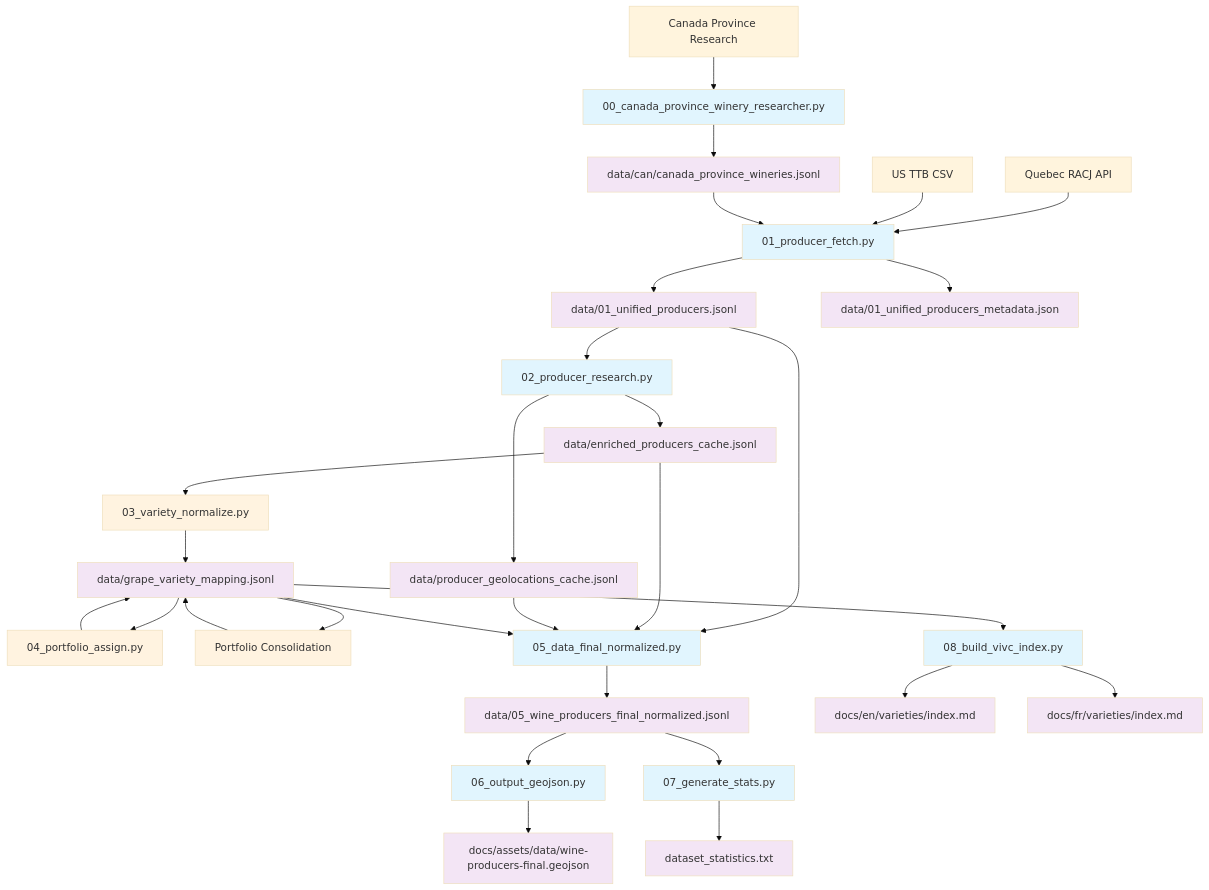
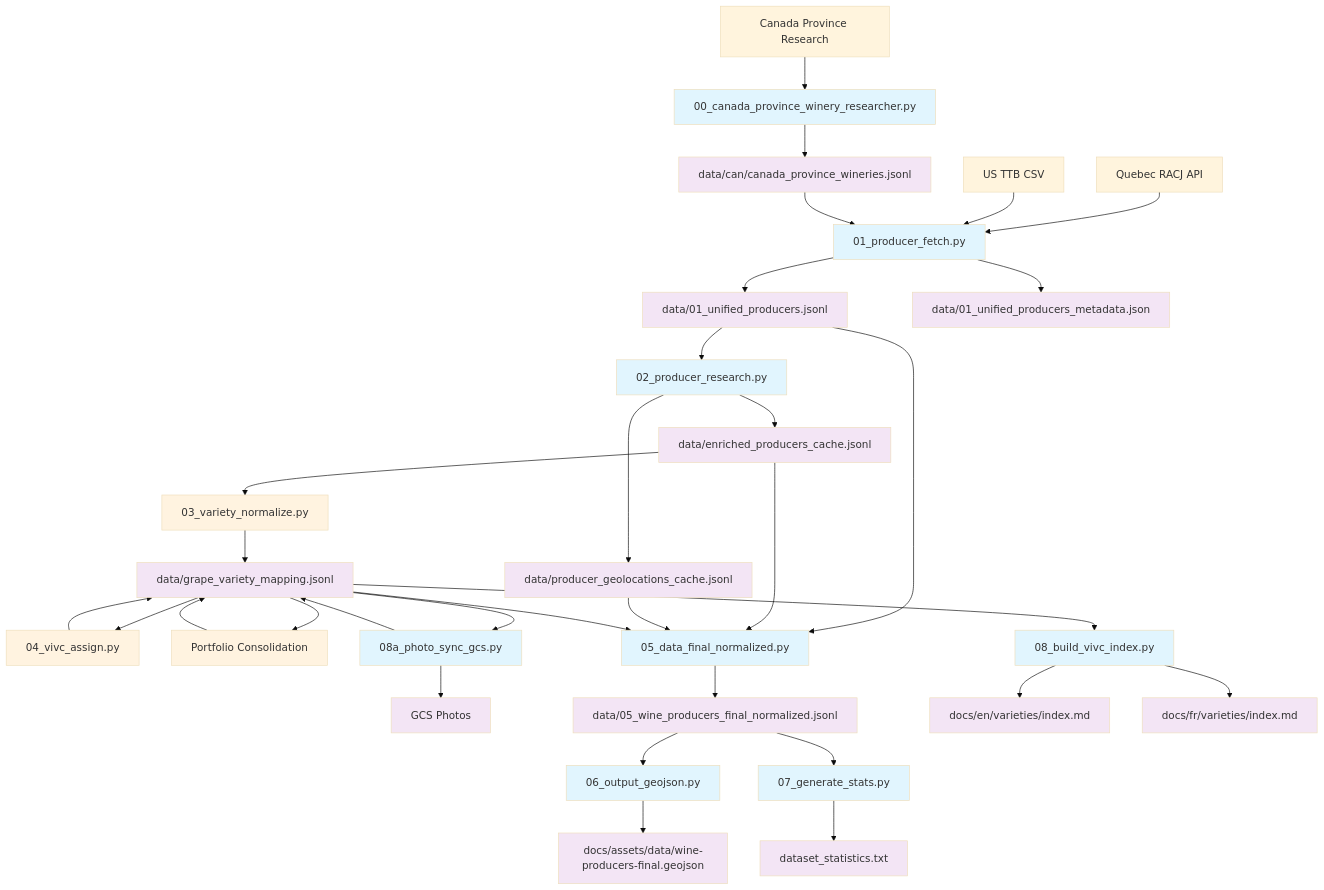
Before and after one commit to p-gag/grapegeek: the diagram in src/README.md, drawn with Mermaid (base theme). The commit also changed other lines of this file and 32 other files, not shown here.

````diff
--- a/src/README.md
+++ b/src/README.md
@@ -16,58 +16,63 @@
 ```mermaid
 graph TD
     %% Data Sources
     A1[Quebec RACJ API] 
     A2[US TTB CSV]
     A3[Canada Province Research]
     
     %% Step 0: Data Collection
     A3 --> B0[00_canada_province_winery_researcher.py]
     B0 --> D1[data/can/canada_province_wineries.jsonl]
     
     %% Step 1: Unify Sources  
     A1 --> B1[01_producer_fetch.py]
     A2 --> B1
     D1 --> B1
     B1 --> D2[data/01_unified_producers.jsonl]
     B1 --> D2M[data/01_unified_producers_metadata.json]
     
     %% Step 2: Research & Enrichment
     D2 --> B2[02_producer_research.py]
     B2 --> D3A[data/enriched_producers_cache.jsonl]
     B2 --> D3B[data/producer_geolocations_cache.jsonl]
     
     %% Step 3: Variety Processing (Manual Review Needed)
     D3A --> B3[03_variety_normalize.py]
     B3 --> D4[data/grape_variety_mapping.jsonl]
-    D4 --> B4[04_portfolio_assign.py] 
+    D4 --> B4[04_vivc_assign.py]
     B4 --> D4
     D4 --> B4B[Portfolio Consolidation]
     B4B --> D4
-    
+
+    %% Step 4a: Photo Sync (NEW)
+    D4 --> B4C[08a_photo_sync_gcs.py]
+    B4C --> D4D[GCS Photos]
+    B4C --> D4
+
     %% Step 4: Final Dataset
     D2 --> B5[05_data_final_normalized.py]
     D3A --> B5
     D3B --> B5  
     D4 --> B5
     B5 --> D7[data/05_wine_producers_final_normalized.jsonl]
     
     %% Step 5: Outputs
     D7 --> B6[06_output_geojson.py]
     B6 --> D8[docs/assets/data/wine-producers-final.geojson]
     
     D7 --> B7[07_generate_stats.py]
     B7 --> D10[dataset_statistics.txt]
     
     D4 --> B8[08_build_vivc_index.py]
     B8 --> D9A[docs/en/varieties/index.md]
     B8 --> D9B[docs/fr/varieties/index.md]
     
     %% Styling
     classDef script fill:#e1f5fe
     classDef datafile fill:#f3e5f5
     classDef manual fill:#fff3e0
     
-    class B0,B1,B2,B3,B4,B4B,B5,B6,B7,B8 script
-    class D1,D2,D2M,D3A,D3B,D4,D7,D8,D9A,D9B,D10 datafile
+    class B0,B1,B2,B3,B4,B4B,B4C,B5,B6,B7,B8 script
+    class D1,D2,D2M,D3A,D3B,D4,D4D,D7,D8,D9A,D9B,D10 datafile
     class B3,B4,B4B manual
 ```
````
